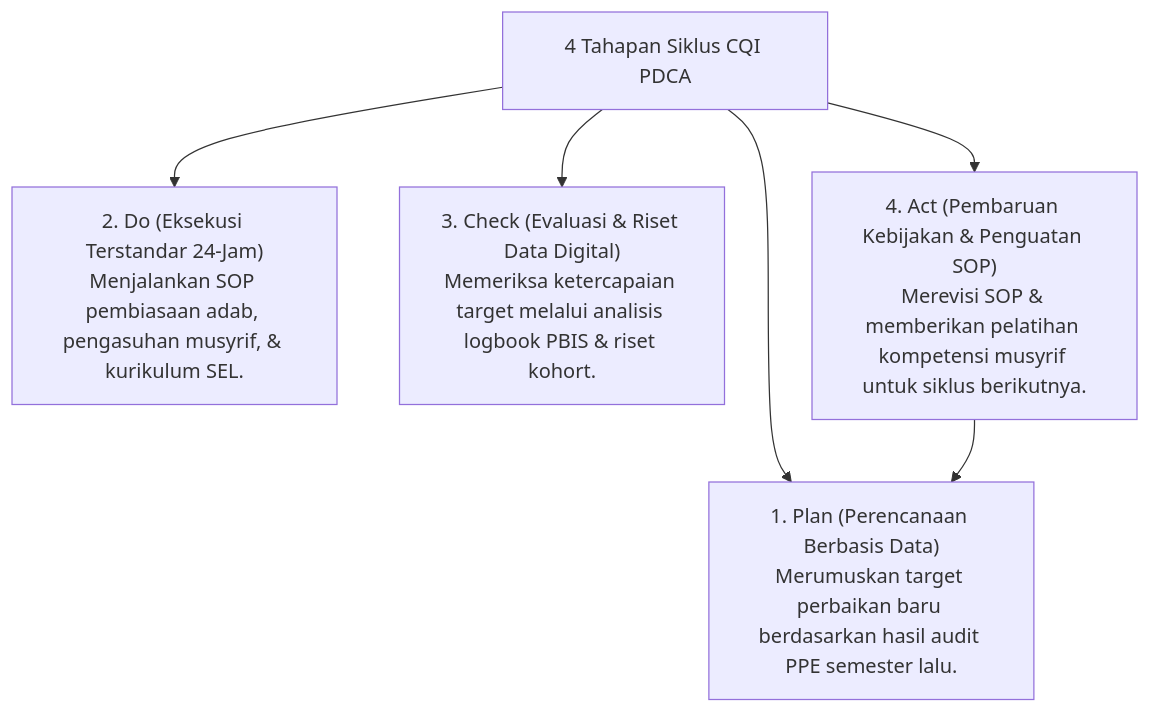
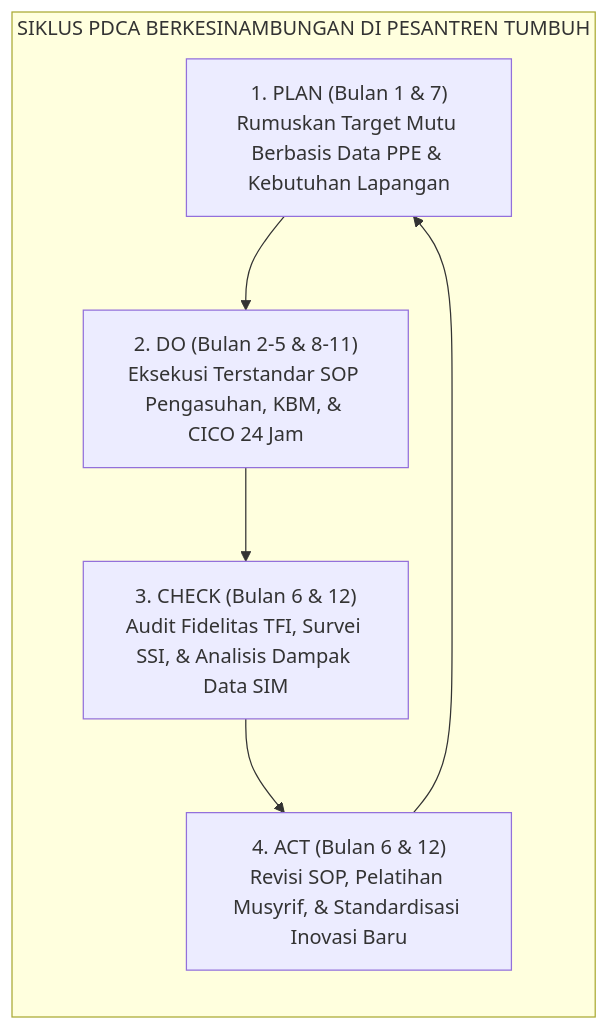
One commit to wandiapriliyandi/tumbuh changed the first of 2 diagrams in 07 Implementation Framework/11 Continuous Improvement/P7-11-01-Siklus-PDCA-Continuous-Quality-Improvement.md. Above: the diagram before and after it, drawn with Mermaid. The commit also changed other lines of this file and 3 other files, not shown here.

````diff
--- a/07 Implementation Framework/11 Continuous Improvement/P7-11-01-Siklus-PDCA-Continuous-Quality-Improvement.md
+++ b/07 Implementation Framework/11 Continuous Improvement/P7-11-01-Siklus-PDCA-Continuous-Quality-Improvement.md
@@ -14,9 +28,9 @@
 ```mermaid
-graph TD
-    PDCASteps["4 Tahapan Siklus CQI PDCA"]
-    PDCASteps --> PlanStep["1. Plan (Perencanaan Berbasis Data)<br/>Merumuskan target perbaikan baru berdasarkan hasil audit PPE semester lalu."]
-    PDCASteps --> DoStep["2. Do (Eksekusi Terstandar 24-Jam)<br/>Menjalankan SOP pembiasaan adab, pengasuhan musyrif, & kurikulum SEL."]
-    PDCASteps --> CheckStep["3. Check (Evaluasi & Riset Data Digital)<br/>Memeriksa ketercapaian target melalui analisis logbook PBIS & riset kohort."]
-    PDCASteps --> ActStep["4. Act (Pembaruan Kebijakan & Penguatan SOP)<br/>Merevisi SOP & memberikan pelatihan kompetensi musyrif untuk siklus berikutnya."]
-    ActStep --> PlanStep
+flowchart LR
+    subgraph PDCALoop["SIKLUS PDCA BERKESINAMBUNGAN DI PESANTREN TUMBUH"]
+        Plan["1. PLAN (Bulan 1 & 7)<br/>Rumuskan Target Mutu Berbasis Data PPE & Kebutuhan Lapangan"] --> Do["2. DO (Bulan 2-5 & 8-11)<br/>Eksekusi Terstandar SOP Pengasuhan, KBM, & CICO 24 Jam"]
+        Do --> Check["3. CHECK (Bulan 6 & 12)<br/>Audit Fidelitas TFI, Survei SSI, & Analisis Dampak Data SIM"]
+        Check --> Act["4. ACT (Bulan 6 & 12)<br/>Revisi SOP, Pelatihan Musyrif, & Standardisasi Inovasi Baru"]
+        Act --> Plan
+    end
 ```
````
